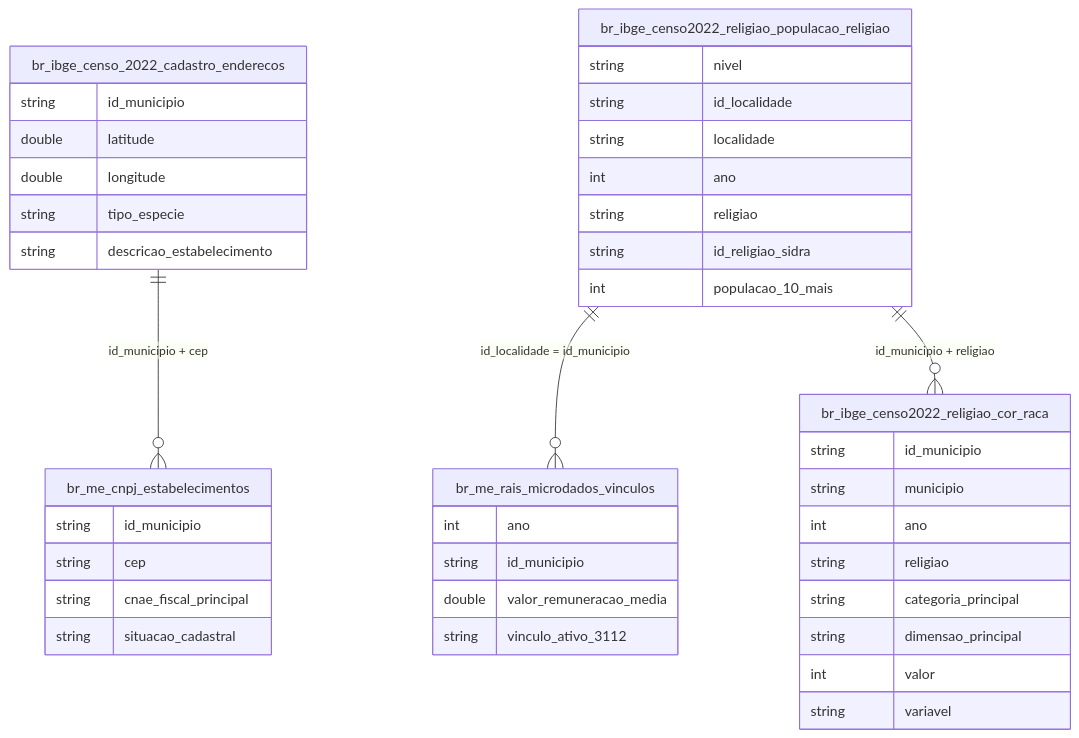
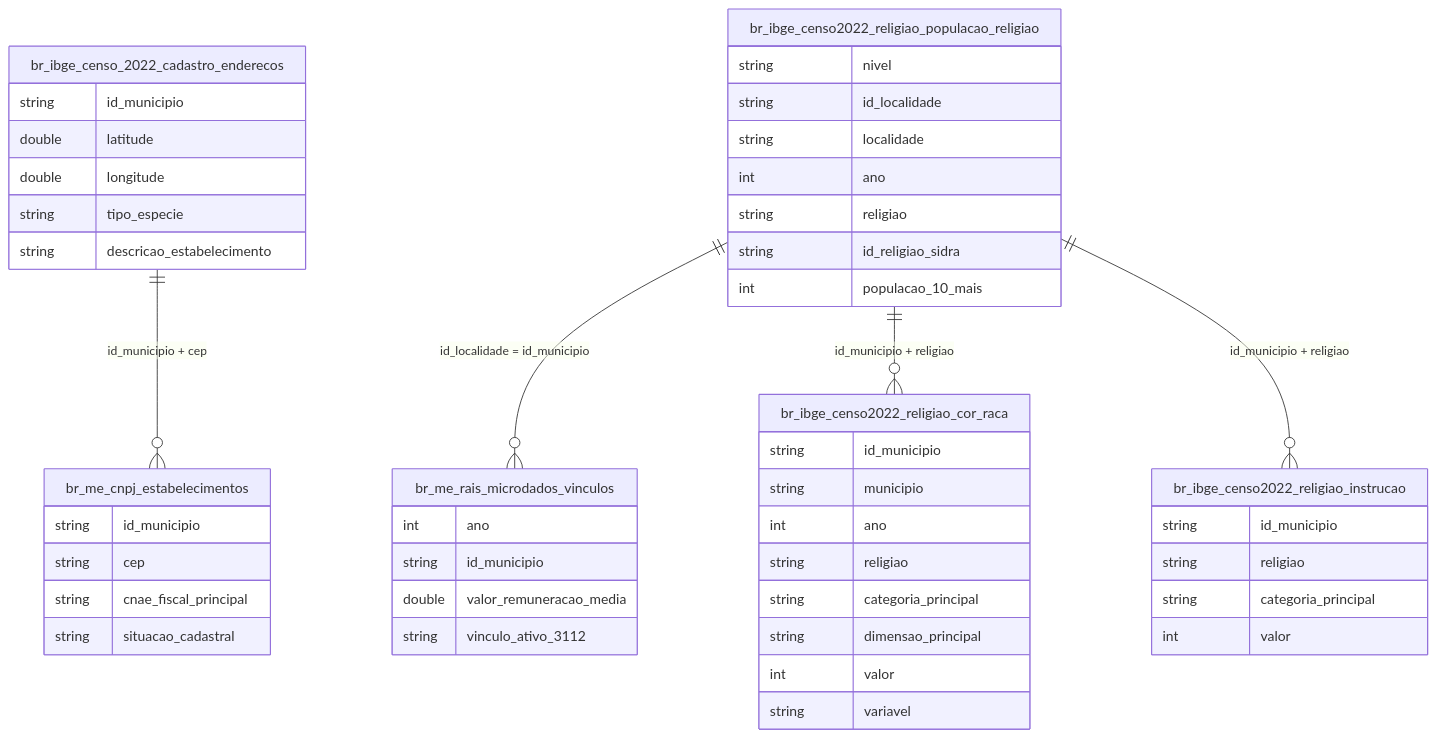
One commit to rafapolo/rodado changed the diagram in docs/mapa/overview/36_religiosidade.md. Above: the diagram before and after it, drawn with Mermaid. The commit also changed other lines of this file and 135 other files, not shown here.

````diff
--- a/docs/mapa/overview/36_religiosidade.md
+++ b/docs/mapa/overview/36_religiosidade.md
@@ -2,44 +2,46 @@
 ```mermaid
 erDiagram
     br_ibge_censo_2022_cadastro_enderecos {
         string id_municipio
         double latitude
         double longitude
         string tipo_especie
         string descricao_estabelecimento
     }
     br_me_cnpj_estabelecimentos {
         string id_municipio
         string cep
         string cnae_fiscal_principal
         string situacao_cadastral
     }
     br_me_rais_microdados_vinculos {
         int ano
         string id_municipio
         double valor_remuneracao_media
         string vinculo_ativo_3112
     }
     br_ibge_censo2022_religiao_populacao_religiao {
         string nivel
         string id_localidade
         string localidade
         int ano
         string religiao
         string id_religiao_sidra
         int populacao_10_mais
     }
     br_ibge_censo2022_religiao_cor_raca {
         string id_municipio
         string municipio
         int ano
         string religiao
         string categoria_principal
         string dimensao_principal
         int valor
         string variavel
     }
     br_ibge_censo_2022_cadastro_enderecos ||--o{ br_me_cnpj_estabelecimentos : "id_municipio + cep"
     br_ibge_censo2022_religiao_populacao_religiao ||--o{ br_me_rais_microdados_vinculos : "id_localidade = id_municipio"
+    br_ibge_censo2022_religiao_instrucao { string id_municipio string religiao string categoria_principal int valor }
     br_ibge_censo2022_religiao_populacao_religiao ||--o{ br_ibge_censo2022_religiao_cor_raca : "id_municipio + religiao"
+    br_ibge_censo2022_religiao_populacao_religiao ||--o{ br_ibge_censo2022_religiao_instrucao : "id_municipio + religiao"
 ```
````
